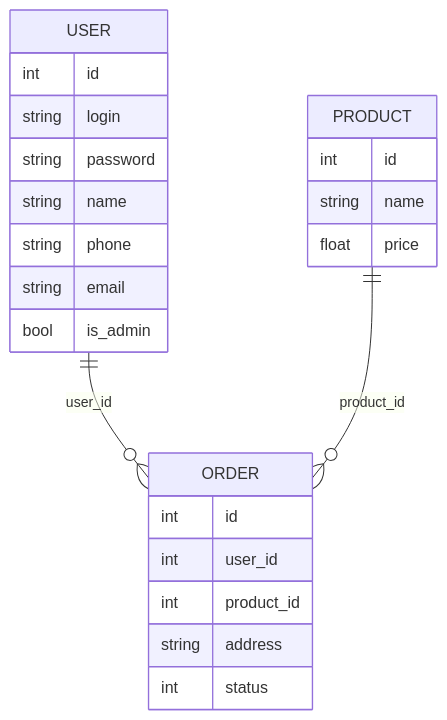
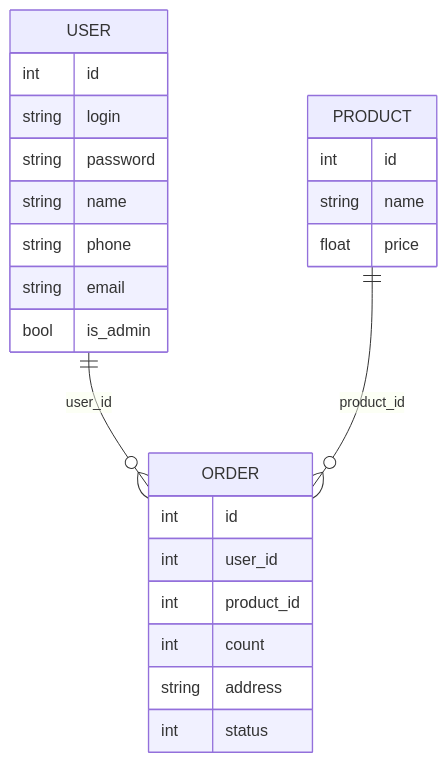
One commit to Blezz-tech/kp11-conspects changed the diagram in README.md. Above: the diagram before and after it, drawn with Mermaid. The commit also changed 1 other file, not shown here.

````diff
--- a/README.md
+++ b/README.md
@@ -7,35 +7,36 @@
 ```mermaid
 erDiagram
     USER {
         int id
         string login
         string password
         string name
         string phone
         string email
         bool is_admin
     }
 
     %% ADMIN {
     %%     int user_id
     %% }
     
     PRODUCT {
         int id
         string name
         float price
     }
 
     ORDER {
         int id
         int user_id
         int product_id
+        int count
         string address
         int status
     }
 
     %% USER ||--|| ADMIN : user_id
 
     USER ||--o{ ORDER : user_id
     PRODUCT ||--o{ ORDER : product_id
 ```
````
